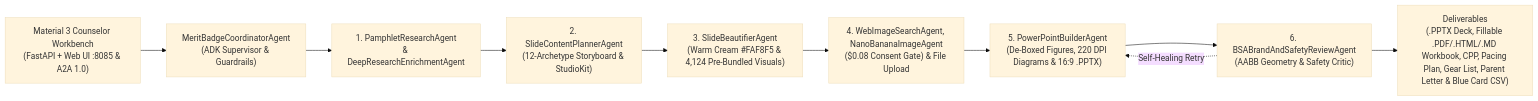
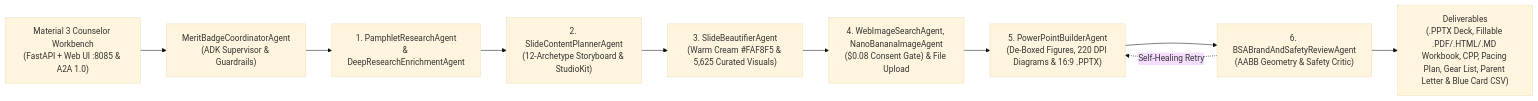
The first of 2 diagrams in README.md (clayberg/scouts-bsa-merit-badge-agent), drawn with Mermaid (base theme) before and after one commit. The commit also changed other lines of this file and 250 other files, not shown here.

````diff
--- a/README.md
+++ b/README.md
@@ -275,12 +294,12 @@
 ```mermaid
 flowchart LR
     UIs["Material 3 Counselor Workbench<br/>(FastAPI + Web UI :8085 & A2A 1.0)"] --> Coord["MeritBadgeCoordinatorAgent<br/>(ADK Supervisor & Guardrails)"]
     Coord --> Res["1. PamphletResearchAgent<br/>& DeepResearchEnrichmentAgent"]
     Res --> Plan["2. SlideContentPlannerAgent<br/>(12-Archetype Storyboard & StudioKit)"]
-    Plan --> Beau["3. SlideBeautifierAgent<br/>(Warm Cream #FAF8F5 & 4,124 Pre-Bundled Visuals)"]
+    Plan --> Beau["3. SlideBeautifierAgent<br/>(Warm Cream #FAF8F5 & 5,625 Curated Visuals)"]
     Beau --> ImgStudio["4. WebImageSearchAgent, NanoBananaImageAgent<br/>($0.08 Consent Gate) & File Upload"]
     ImgStudio --> Build["5. PowerPointBuilderAgent<br/>(De-Boxed Figures, 220 DPI Diagrams & 16:9 .PPTX)"]
     Build --> Rev["6. BSABrandAndSafetyReviewAgent<br/>(AABB Geometry & Safety Critic)"]
     Rev -.->|"Self-Healing Retry"| Build
     Rev --> Out["Deliverables<br/>(.PPTX Deck, Fillable .PDF/.HTML/.MD Workbook, CPP, Pacing Plan, Gear List, Parent Letter & Blue Card CSV)"]
 ```
````
